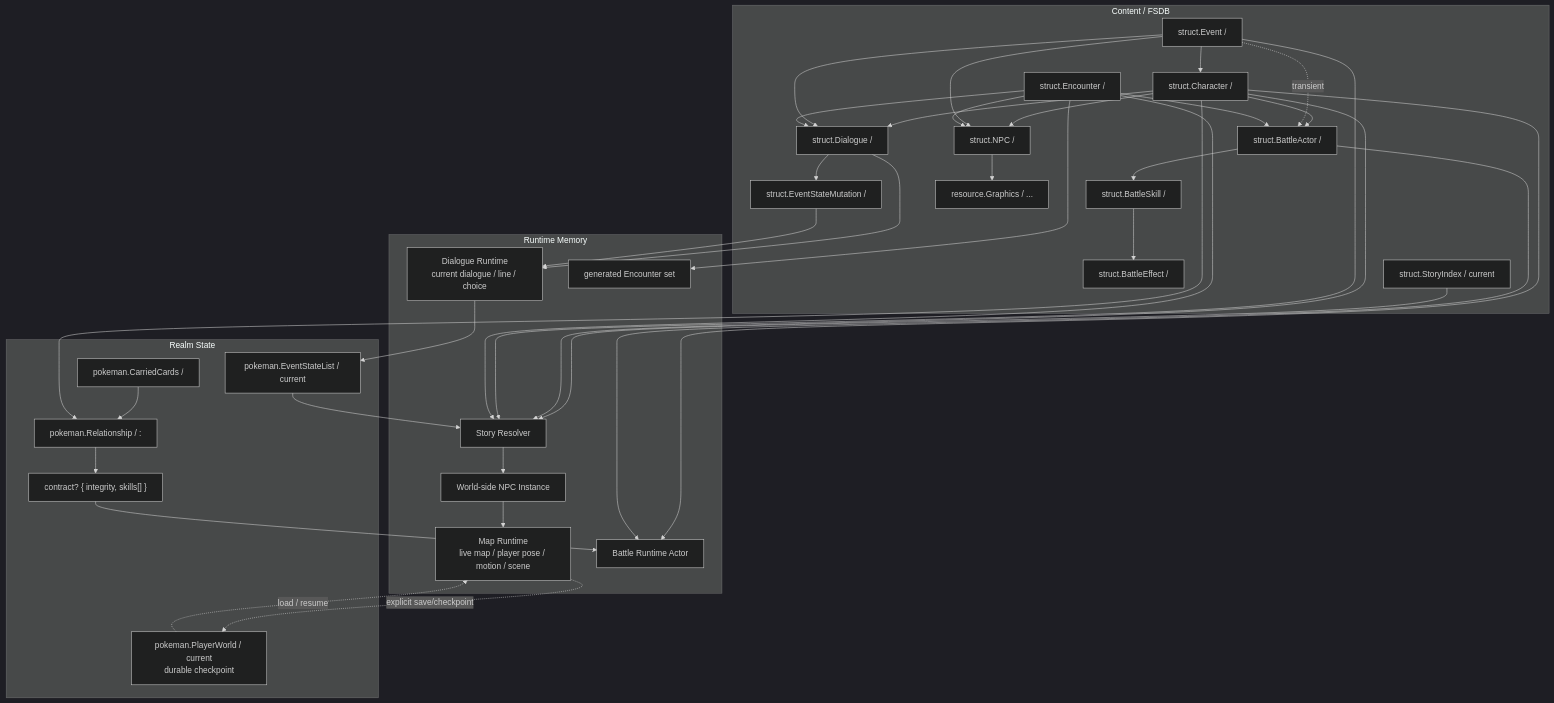
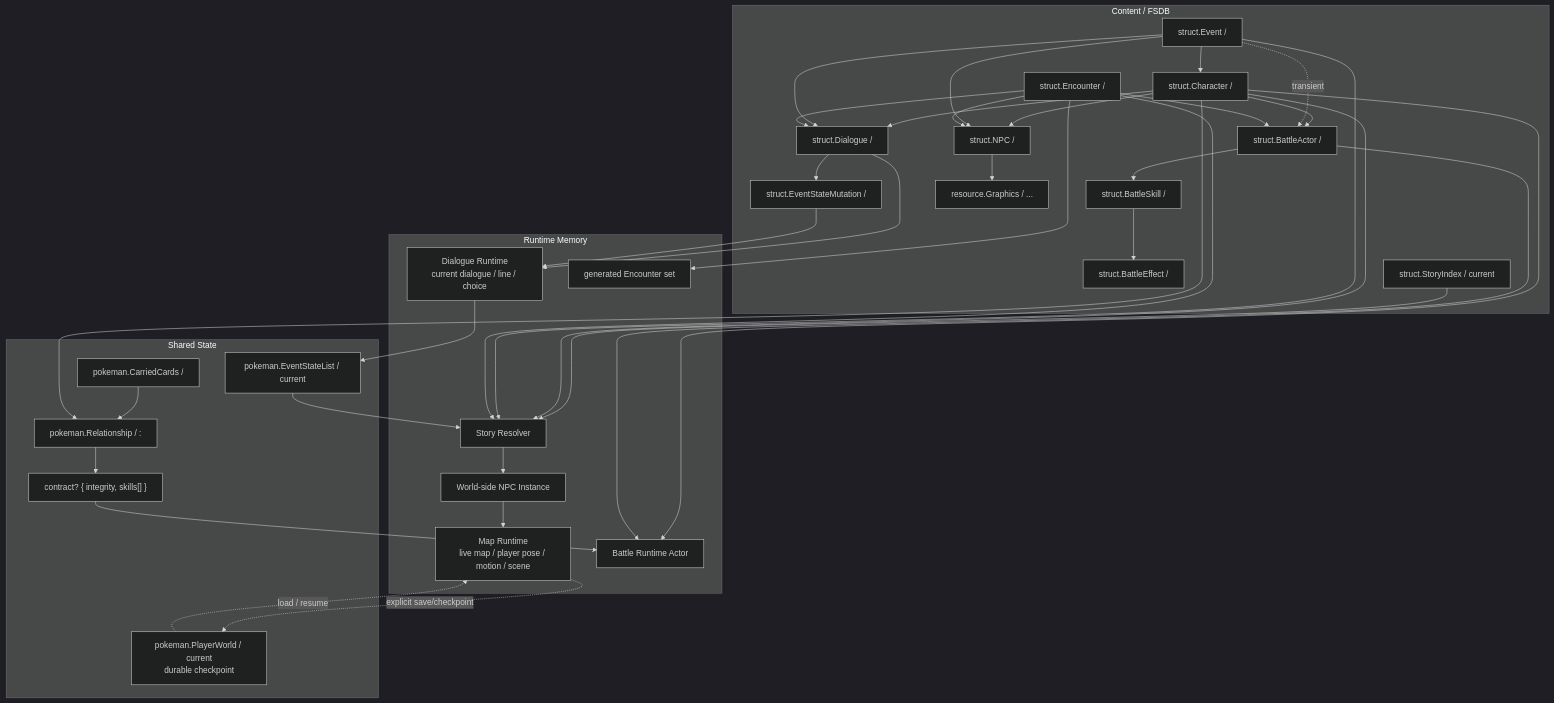
One commit to lithdoo/loom-realm changed the first of 11 diagrams in examples/PokeMan/doc/65-data-model-diagram.md. Above: the diagram before and after it, drawn with Mermaid (dark theme). The commit also changed other lines of this file and 161 other files, not shown here.

First line of the commit message:
refactor: rename Realm State to Shared State

````diff
--- a/examples/PokeMan/doc/65-data-model-diagram.md
+++ b/examples/PokeMan/doc/65-data-model-diagram.md
@@ -7,72 +7,72 @@
 ```mermaid
 flowchart TB
   subgraph Content[Content / FSDB]
     Character["struct.Character / <characterId>"]
     NPC["struct.NPC / <npcId>"]
     BattleActor["struct.BattleActor / <battleActorId>"]
     BattleSkill["struct.BattleSkill / <battleSkillId>"]
     BattleEffect["struct.BattleEffect / <battleEffectId>"]
     Dialogue["struct.Dialogue / <dialogueId>"]
     Event["struct.Event / <eventId>"]
     Mutation["struct.EventStateMutation / <mutationId>"]
     Encounter["struct.Encounter / <mapId>"]
     StoryIndex["struct.StoryIndex / current"]
     Graphics["resource.Graphics / ..."]
   end
 
-  subgraph State[Realm State]
+  subgraph State[Shared State]
     PlayerWorld["pokeman.PlayerWorld / current\ndurable checkpoint"]
     EventStateList["pokeman.EventStateList / current"]
     Relationship["pokeman.Relationship / <from>:<to>"]
     Contract["contract? { integrity, skills[] }"]
     Carried["pokeman.CarriedCards / <holder>"]
   end
 
   subgraph Runtime[Runtime Memory]
     StoryResolver["Story Resolver"]
     NPCInstance["World-side NPC Instance"]
     MapRuntime["Map Runtime\nlive map / player pose / motion / scene"]
     DialogueRuntime["Dialogue Runtime\ncurrent dialogue / line / choice"]
     BattleRuntime["Battle Runtime Actor"]
     EncounterRuntime["generated Encounter set"]
   end
 
   NPC --> Graphics
   Character --> BattleActor
   BattleActor --> BattleSkill
   BattleSkill --> BattleEffect
   Character --> NPC
   Character --> Dialogue
 
   Dialogue --> Mutation
   Event --> Character
   Event --> NPC
   Event --> Dialogue
   Event -. transient .-> BattleActor
   Encounter --> NPC
   Encounter --> Dialogue
   Encounter --> BattleActor
 
   EventStateList --> StoryResolver
   StoryIndex --> StoryResolver
   Character --> StoryResolver
   Event --> StoryResolver
   Encounter --> StoryResolver
   StoryResolver --> NPCInstance
   NPCInstance --> MapRuntime
 
   Relationship --> Contract
   Carried --> Relationship
   Character --> Relationship
   Contract --> BattleRuntime
   Character --> BattleRuntime
   BattleActor --> BattleRuntime
 
   Dialogue --> DialogueRuntime
   Mutation --> DialogueRuntime
   DialogueRuntime --> EventStateList
 
   MapRuntime -. explicit save/checkpoint .-> PlayerWorld
   PlayerWorld -. load / resume .-> MapRuntime
   Encounter --> EncounterRuntime
 ```
````
